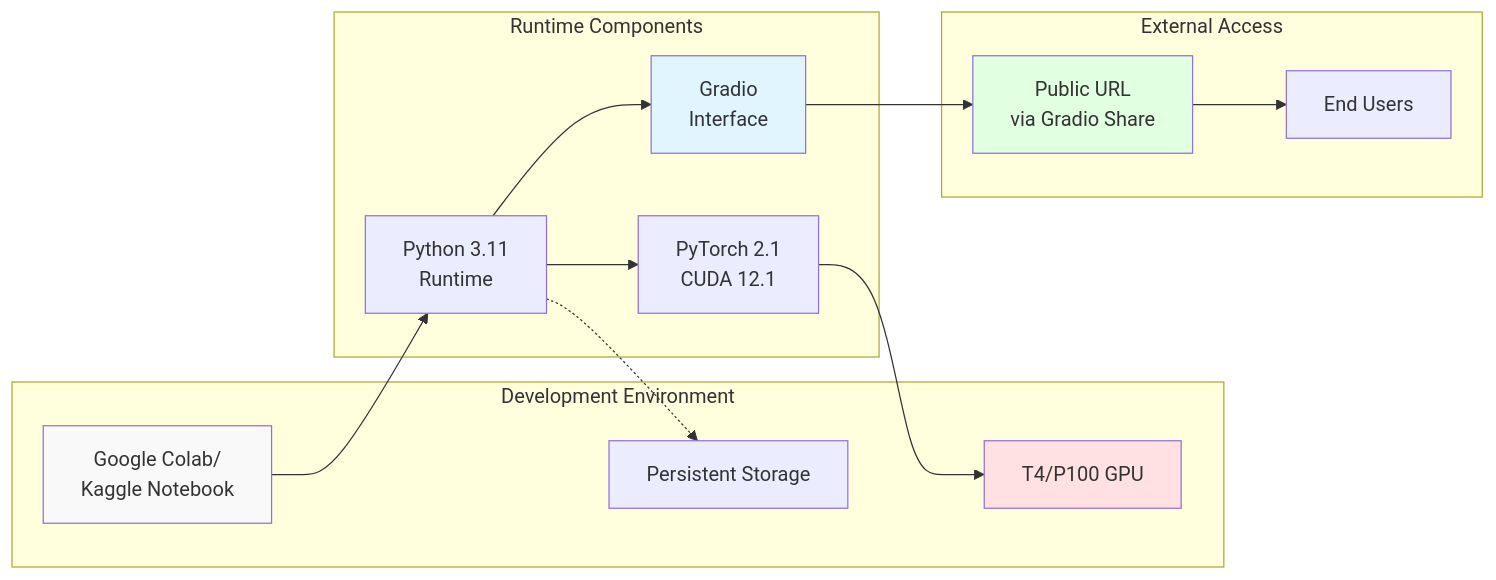
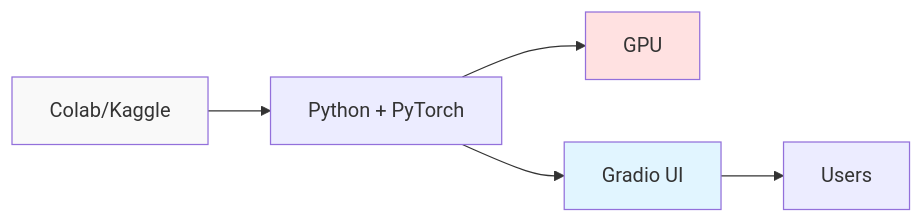
One commit to hvardhan1024/testrepo changed the second of 11 diagrams in README.md. Above: the diagram before and after it, drawn with Mermaid. The commit also changed other lines of this file, not shown here.

First line of the commit message:
Revise architecture diagrams and descriptions in README

````diff
--- a/README.md
+++ b/README.md
@@ -116,32 +65,11 @@
 ```mermaid
 graph LR
-    subgraph "Development Environment"
-        Colab[Google Colab/<br/>Kaggle Notebook]
-        GPU[T4/P100 GPU]
-        Storage[Persistent Storage]
-    end
-    
-    subgraph "Runtime Components"
-        Python[Python 3.11<br/>Runtime]
-        PyTorch[PyTorch 2.1<br/>CUDA 12.1]
-        Gradio[Gradio<br/>Interface]
-    end
-    
-    subgraph "External Access"
-        Public[Public URL<br/>via Gradio Share]
-        Users[End Users]
-    end
-    
-    Colab --> Python
-    Python --> PyTorch
-    PyTorch --> GPU
-    Python --> Gradio
-    Gradio --> Public
-    Public --> Users
-    Python -.-> Storage
+    Colab[Colab/Kaggle] --> Python[Python + PyTorch]
+    Python --> GPU[GPU]
+    Python --> Gradio[Gradio UI]
+    Gradio --> Users[Users]
     
     style Colab fill:#f9f9f9
     style GPU fill:#ffe1e1
     style Gradio fill:#e1f5ff
-    style Public fill:#e1ffe1
 ```
````
